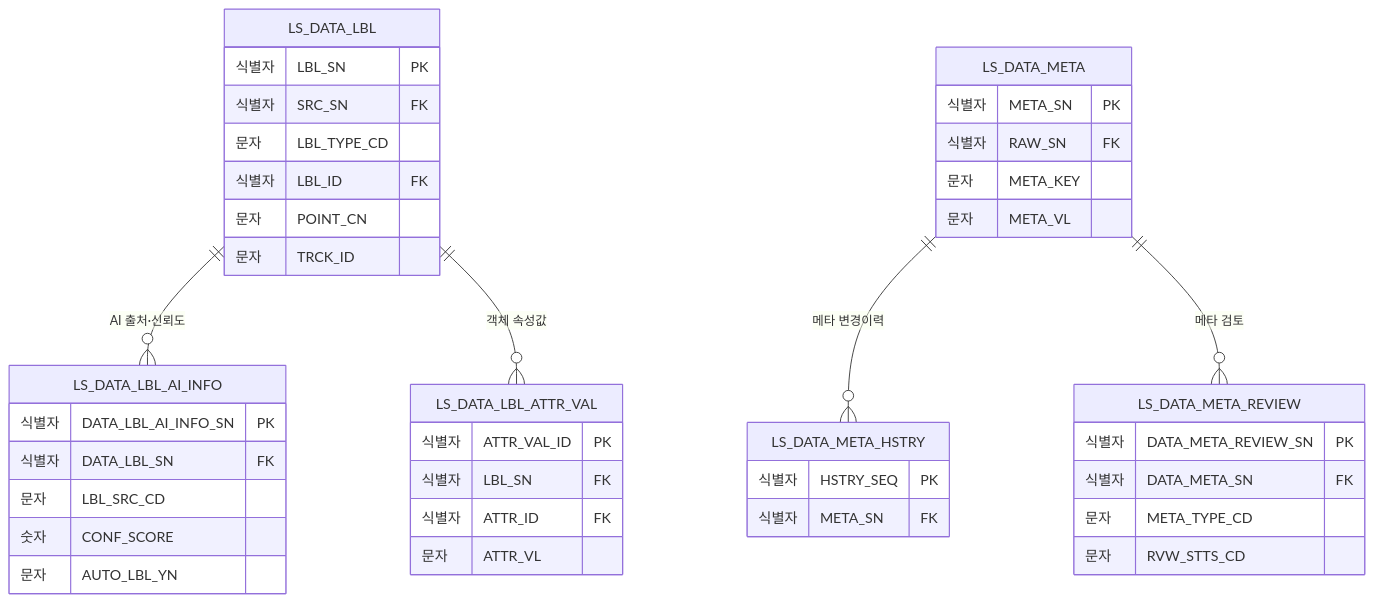
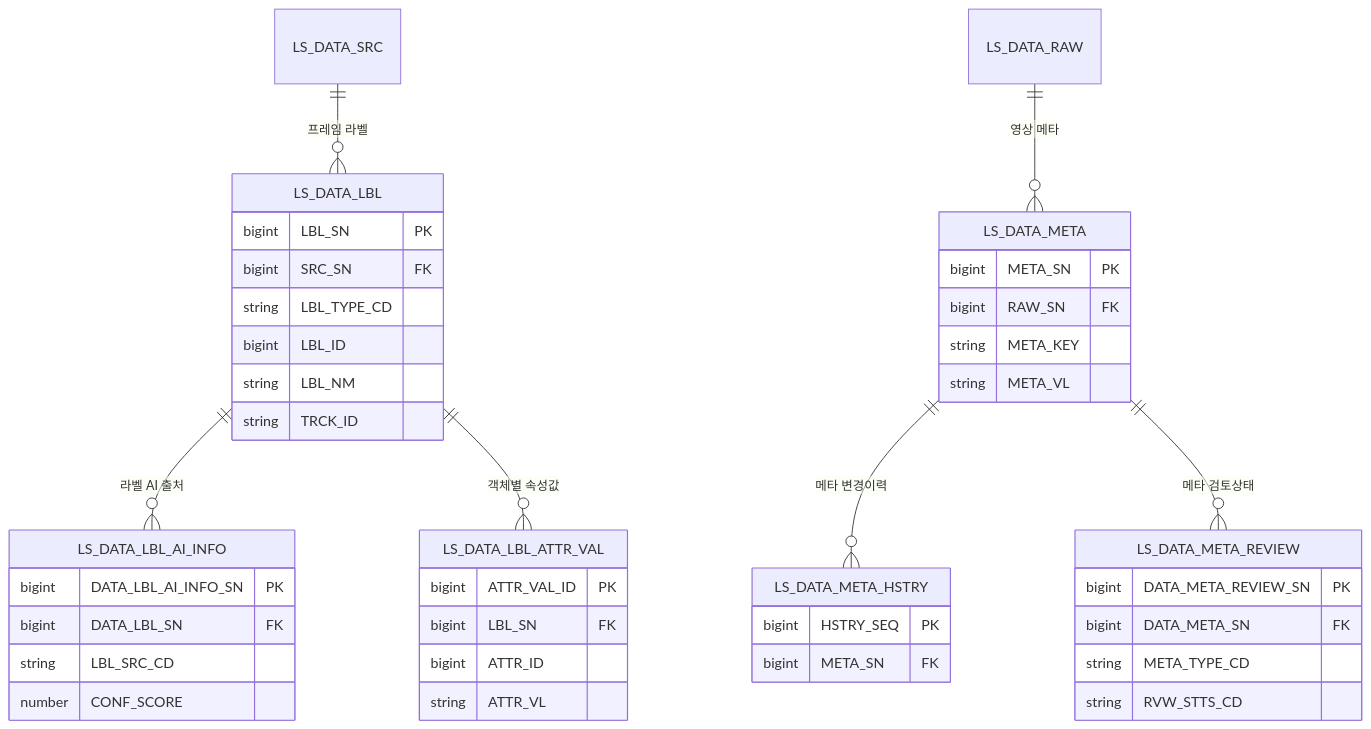
One commit to New-stella/klid-label changed the second of 14 diagrams in docs/design/D8-엔티티관계모형설계서.md. Above: the diagram before and after it, drawn with Mermaid. The commit also changed other lines of this file and 7 other files, not shown here.

````diff
--- a/docs/design/D8-엔티티관계모형설계서.md
+++ b/docs/design/D8-엔티티관계모형설계서.md
@@ -106,44 +92,45 @@
 ```mermaid
 erDiagram
-    LS_DATA_LBL ||--o{ LS_DATA_LBL_AI_INFO : "AI 출처·신뢰도"
-    LS_DATA_LBL ||--o{ LS_DATA_LBL_ATTR_VAL : "객체 속성값"
+    LS_DATA_SRC ||--o{ LS_DATA_LBL : "프레임 라벨"
+    LS_DATA_LBL ||--o{ LS_DATA_LBL_AI_INFO : "라벨 AI 출처"
+    LS_DATA_LBL ||--o{ LS_DATA_LBL_ATTR_VAL : "객체별 속성값"
+    LS_DATA_RAW ||--o{ LS_DATA_META : "영상 메타"
     LS_DATA_META ||--o{ LS_DATA_META_HSTRY : "메타 변경이력"
-    LS_DATA_META ||--o{ LS_DATA_META_REVIEW : "메타 검토"
+    LS_DATA_META ||--o{ LS_DATA_META_REVIEW : "메타 검토상태"
     LS_DATA_LBL {
-        식별자 LBL_SN PK
-        식별자 SRC_SN FK
-        문자 LBL_TYPE_CD
-        식별자 LBL_ID FK
-        문자 POINT_CN
-        문자 TRCK_ID
+        bigint LBL_SN PK
+        bigint SRC_SN FK
+        string LBL_TYPE_CD
+        bigint LBL_ID
+        string LBL_NM
+        string TRCK_ID
     }
     LS_DATA_LBL_AI_INFO {
-        식별자 DATA_LBL_AI_INFO_SN PK
-        식별자 DATA_LBL_SN FK
-        문자 LBL_SRC_CD
-        숫자 CONF_SCORE
-        문자 AUTO_LBL_YN
+        bigint DATA_LBL_AI_INFO_SN PK
+        bigint DATA_LBL_SN FK
+        string LBL_SRC_CD
+        number CONF_SCORE
     }
     LS_DATA_LBL_ATTR_VAL {
-        식별자 ATTR_VAL_ID PK
-        식별자 LBL_SN FK
-        식별자 ATTR_ID FK
-        문자 ATTR_VL
+        bigint ATTR_VAL_ID PK
+        bigint LBL_SN FK
+        bigint ATTR_ID
+        string ATTR_VL
     }
     LS_DATA_META {
-        식별자 META_SN PK
-        식별자 RAW_SN FK
-        문자 META_KEY
-        문자 META_VL
+        bigint META_SN PK
+        bigint RAW_SN FK
+        string META_KEY
+        string META_VL
     }
     LS_DATA_META_HSTRY {
-        식별자 HSTRY_SEQ PK
-        식별자 META_SN FK
+        bigint HSTRY_SEQ PK
+        bigint META_SN FK
     }
     LS_DATA_META_REVIEW {
-        식별자 DATA_META_REVIEW_SN PK
-        식별자 DATA_META_SN FK
-        문자 META_TYPE_CD
-        문자 RVW_STTS_CD
+        bigint DATA_META_REVIEW_SN PK
+        bigint DATA_META_SN FK
+        string META_TYPE_CD
+        string RVW_STTS_CD
     }
 ```
````
